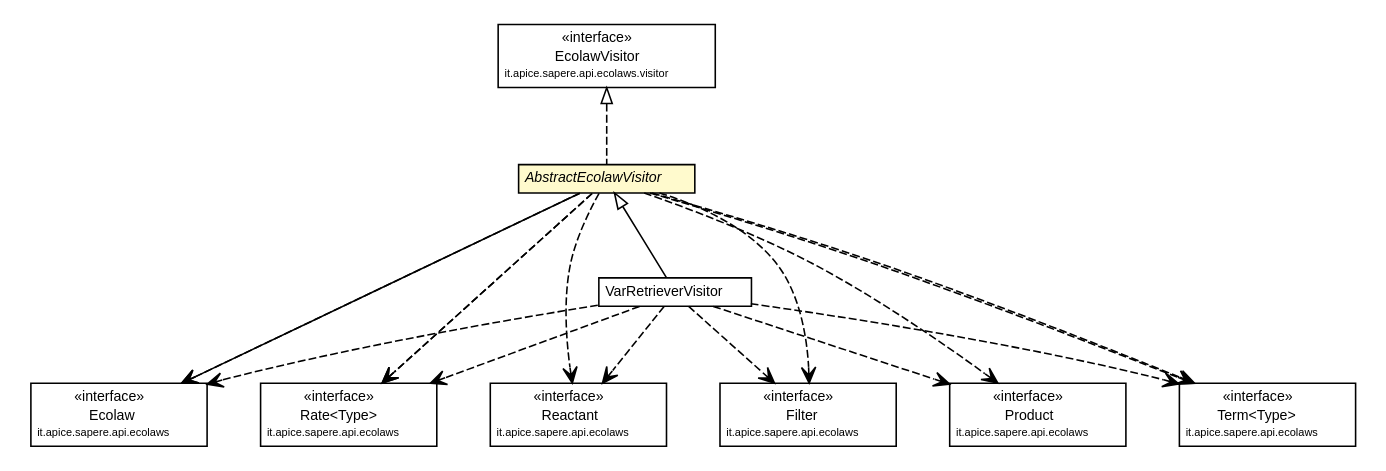
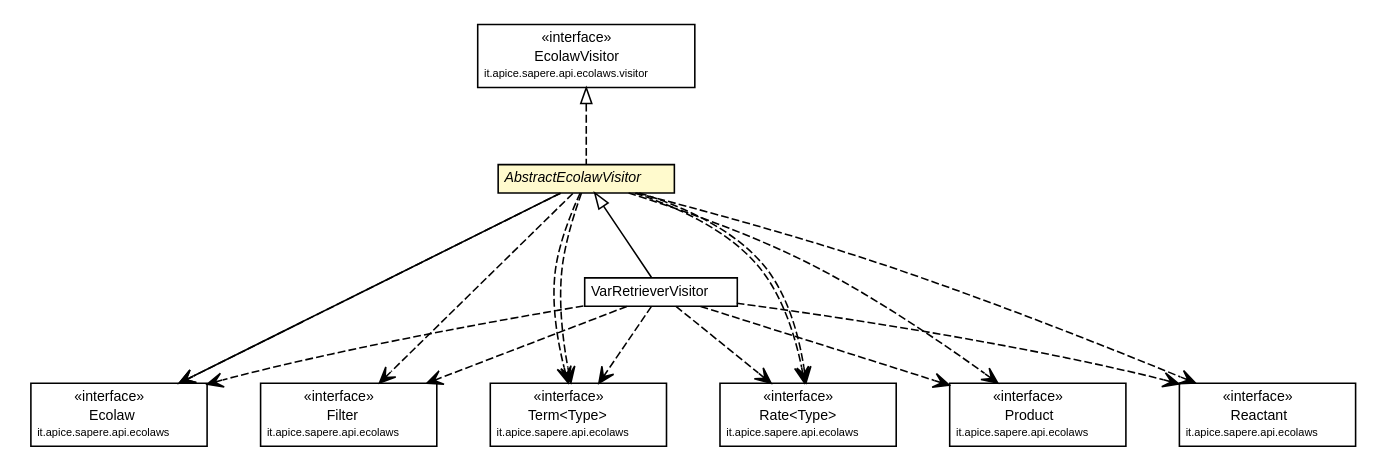
One commit to DanySK/Legacy-Contessi-Thesis-Semantic-Web-SAPERE changed the diagram in deployed-site/semanticwebsapere-rdfmodel/apidocs/it/apice/sapere/api/ecolaws/visitors/impl/AbstractEcolawVisitor.dot. Above: the diagram before and after it, drawn with Graphviz. The commit also changed 2643 other files, not shown here.

```diff
--- a/deployed-site/semanticwebsapere-rdfmodel/apidocs/it/apice/sapere/api/ecolaws/visitors/impl/AbstractEcolawVisitor.dot
+++ b/deployed-site/semanticwebsapere-rdfmodel/apidocs/it/apice/sapere/api/ecolaws/visitors/impl/AbstractEcolawVisitor.dot
@@ -1,112 +1,112 @@
 #!/usr/local/bin/dot
 #
 # Class diagram 
 # Generated by UmlGraph version 4.4 (http://www.spinellis.gr/sw/umlgraph)
 #
 
 digraph G {
 	edge [fontname="Helvetica",fontsize=10,labelfontname="Helvetica",labelfontsize=10];
 	node [fontname="Helvetica",fontsize=10,shape=plaintext];
 	// it.apice.sapere.api.ecolaws.visitors.impl.VarRetrieverVisitor
 	c3180 [label=<<table border="0" cellborder="1" cellspacing="0" cellpadding="2" port="p" href="./VarRetrieverVisitor.html">
 		<tr><td><table border="0" cellspacing="0" cellpadding="1">
 			<tr><td> VarRetrieverVisitor </td></tr>
 		</table></td></tr>
 		</table>>, fontname="Helvetica", fontcolor="black", fontsize=9.0];
 	// it.apice.sapere.api.ecolaws.visitors.impl.AbstractEcolawVisitor
 	c3181 [label=<<table border="0" cellborder="1" cellspacing="0" cellpadding="2" port="p" bgcolor="lemonChiffon" href="./AbstractEcolawVisitor.html">
 		<tr><td><table border="0" cellspacing="0" cellpadding="1">
 			<tr><td><font face="Helvetica-Oblique"> AbstractEcolawVisitor </font></td></tr>
 		</table></td></tr>
 		</table>>, fontname="Helvetica", fontcolor="black", fontsize=9.0];
 	//it.apice.sapere.api.ecolaws.visitors.impl.VarRetrieverVisitor extends it.apice.sapere.api.ecolaws.visitors.impl.AbstractEcolawVisitor
 	c3181:p -> c3180:p [dir=back,arrowtail=empty];
 	//it.apice.sapere.api.ecolaws.visitors.impl.AbstractEcolawVisitor implements it.apice.sapere.api.ecolaws.visitor.EcolawVisitor
 	c3206:p -> c3181:p [dir=back,arrowtail=empty,style=dashed];
 	// it.apice.sapere.api.ecolaws.visitors.impl.AbstractEcolawVisitor NAVASSOC it.apice.sapere.api.ecolaws.Ecolaw
 	c3181:p -> c3207:p [taillabel="", label="", headlabel="", fontname="Helvetica", fontcolor="black", fontsize=10.0, color="black", arrowhead=open];
-	// it.apice.sapere.api.ecolaws.visitors.impl.VarRetrieverVisitor DEPEND it.apice.sapere.api.ecolaws.Rate<Type>
-	c3180:p -> c3208:p [taillabel="", label="", headlabel="", fontname="Helvetica", fontcolor="black", fontsize=10.0, color="black", arrowhead=open, style=dashed];
-	// it.apice.sapere.api.ecolaws.visitors.impl.VarRetrieverVisitor DEPEND it.apice.sapere.api.ecolaws.Reactant
-	c3180:p -> c3209:p [taillabel="", label="", headlabel="", fontname="Helvetica", fontcolor="black", fontsize=10.0, color="black", arrowhead=open, style=dashed];
-	// it.apice.sapere.api.ecolaws.visitors.impl.VarRetrieverVisitor DEPEND it.apice.sapere.api.ecolaws.Filter
-	c3180:p -> c3210:p [taillabel="", label="", headlabel="", fontname="Helvetica", fontcolor="black", fontsize=10.0, color="black", arrowhead=open, style=dashed];
 	// it.apice.sapere.api.ecolaws.visitors.impl.VarRetrieverVisitor DEPEND it.apice.sapere.api.ecolaws.Ecolaw
 	c3180:p -> c3207:p [taillabel="", label="", headlabel="", fontname="Helvetica", fontcolor="black", fontsize=10.0, color="black", arrowhead=open, style=dashed];
+	// it.apice.sapere.api.ecolaws.visitors.impl.VarRetrieverVisitor DEPEND it.apice.sapere.api.ecolaws.Filter
+	c3180:p -> c3208:p [taillabel="", label="", headlabel="", fontname="Helvetica", fontcolor="black", fontsize=10.0, color="black", arrowhead=open, style=dashed];
+	// it.apice.sapere.api.ecolaws.visitors.impl.VarRetrieverVisitor DEPEND it.apice.sapere.api.ecolaws.Term<Type>
+	c3180:p -> c3209:p [taillabel="", label="", headlabel="", fontname="Helvetica", fontcolor="black", fontsize=10.0, color="black", arrowhead=open, style=dashed];
+	// it.apice.sapere.api.ecolaws.visitors.impl.VarRetrieverVisitor DEPEND it.apice.sapere.api.ecolaws.Rate<Type>
+	c3180:p -> c3210:p [taillabel="", label="", headlabel="", fontname="Helvetica", fontcolor="black", fontsize=10.0, color="black", arrowhead=open, style=dashed];
 	// it.apice.sapere.api.ecolaws.visitors.impl.VarRetrieverVisitor DEPEND it.apice.sapere.api.ecolaws.Product
 	c3180:p -> c3211:p [taillabel="", label="", headlabel="", fontname="Helvetica", fontcolor="black", fontsize=10.0, color="black", arrowhead=open, style=dashed];
-	// it.apice.sapere.api.ecolaws.visitors.impl.VarRetrieverVisitor DEPEND it.apice.sapere.api.ecolaws.Term<Type>
+	// it.apice.sapere.api.ecolaws.visitors.impl.VarRetrieverVisitor DEPEND it.apice.sapere.api.ecolaws.Reactant
 	c3180:p -> c3212:p [taillabel="", label="", headlabel="", fontname="Helvetica", fontcolor="black", fontsize=10.0, color="black", arrowhead=open, style=dashed];
+	// it.apice.sapere.api.ecolaws.visitors.impl.AbstractEcolawVisitor DEPEND it.apice.sapere.api.ecolaws.Rate<Type>
+	c3181:p -> c3210:p [taillabel="", label="", headlabel="", fontname="Helvetica", fontcolor="black", fontsize=10.0, color="black", arrowhead=open, style=dashed];
 	// it.apice.sapere.api.ecolaws.visitors.impl.AbstractEcolawVisitor DEPEND it.apice.sapere.api.ecolaws.Term<Type>
-	c3181:p -> c3212:p [taillabel="", label="", headlabel="", fontname="Helvetica", fontcolor="black", fontsize=10.0, color="black", arrowhead=open, style=dashed];
-	// it.apice.sapere.api.ecolaws.visitors.impl.AbstractEcolawVisitor DEPEND it.apice.sapere.api.ecolaws.Term<Type>
-	c3181:p -> c3212:p [taillabel="", label="", headlabel="", fontname="Helvetica", fontcolor="black", fontsize=10.0, color="black", arrowhead=open, style=dashed];
-	// it.apice.sapere.api.ecolaws.visitors.impl.AbstractEcolawVisitor DEPEND it.apice.sapere.api.ecolaws.Reactant
 	c3181:p -> c3209:p [taillabel="", label="", headlabel="", fontname="Helvetica", fontcolor="black", fontsize=10.0, color="black", arrowhead=open, style=dashed];
-	// it.apice.sapere.api.ecolaws.visitors.impl.AbstractEcolawVisitor DEPEND it.apice.sapere.api.ecolaws.Filter
-	c3181:p -> c3210:p [taillabel="", label="", headlabel="", fontname="Helvetica", fontcolor="black", fontsize=10.0, color="black", arrowhead=open, style=dashed];
 	// it.apice.sapere.api.ecolaws.visitors.impl.AbstractEcolawVisitor DEPEND it.apice.sapere.api.ecolaws.Ecolaw
 	c3181:p -> c3207:p [taillabel="", label="", headlabel="", fontname="Helvetica", fontcolor="black", fontsize=10.0, color="black", arrowhead=open, style=dashed];
+	// it.apice.sapere.api.ecolaws.visitors.impl.AbstractEcolawVisitor DEPEND it.apice.sapere.api.ecolaws.Term<Type>
+	c3181:p -> c3209:p [taillabel="", label="", headlabel="", fontname="Helvetica", fontcolor="black", fontsize=10.0, color="black", arrowhead=open, style=dashed];
 	// it.apice.sapere.api.ecolaws.visitors.impl.AbstractEcolawVisitor DEPEND it.apice.sapere.api.ecolaws.Rate<Type>
+	c3181:p -> c3210:p [taillabel="", label="", headlabel="", fontname="Helvetica", fontcolor="black", fontsize=10.0, color="black", arrowhead=open, style=dashed];
+	// it.apice.sapere.api.ecolaws.visitors.impl.AbstractEcolawVisitor DEPEND it.apice.sapere.api.ecolaws.Filter
 	c3181:p -> c3208:p [taillabel="", label="", headlabel="", fontname="Helvetica", fontcolor="black", fontsize=10.0, color="black", arrowhead=open, style=dashed];
 	// it.apice.sapere.api.ecolaws.visitors.impl.AbstractEcolawVisitor DEPEND it.apice.sapere.api.ecolaws.Product
 	c3181:p -> c3211:p [taillabel="", label="", headlabel="", fontname="Helvetica", fontcolor="black", fontsize=10.0, color="black", arrowhead=open, style=dashed];
-	// it.apice.sapere.api.ecolaws.visitors.impl.AbstractEcolawVisitor DEPEND it.apice.sapere.api.ecolaws.Rate<Type>
-	c3181:p -> c3208:p [taillabel="", label="", headlabel="", fontname="Helvetica", fontcolor="black", fontsize=10.0, color="black", arrowhead=open, style=dashed];
+	// it.apice.sapere.api.ecolaws.visitors.impl.AbstractEcolawVisitor DEPEND it.apice.sapere.api.ecolaws.Reactant
+	c3181:p -> c3212:p [taillabel="", label="", headlabel="", fontname="Helvetica", fontcolor="black", fontsize=10.0, color="black", arrowhead=open, style=dashed];
 	// it.apice.sapere.api.ecolaws.Rate<Type>
-	c3208 [label=<<table border="0" cellborder="1" cellspacing="0" cellpadding="2" port="p" href="http://java.sun.com/j2se/1.4.2/docs/api/it/apice/sapere/api/ecolaws/Rate.html">
+	c3210 [label=<<table border="0" cellborder="1" cellspacing="0" cellpadding="2" port="p" href="http://java.sun.com/j2se/1.4.2/docs/api/it/apice/sapere/api/ecolaws/Rate.html">
 		<tr><td><table border="0" cellspacing="0" cellpadding="1">
 			<tr><td> &laquo;interface&raquo; </td></tr>
 			<tr><td> Rate&lt;Type&gt; </td></tr>
 			<tr><td><font point-size="7.0"> it.apice.sapere.api.ecolaws </font></td></tr>
 		</table></td></tr>
 		</table>>, fontname="Helvetica", fontcolor="black", fontsize=9.0];
 	// it.apice.sapere.api.ecolaws.Reactant
-	c3209 [label=<<table border="0" cellborder="1" cellspacing="0" cellpadding="2" port="p" href="http://java.sun.com/j2se/1.4.2/docs/api/it/apice/sapere/api/ecolaws/Reactant.html">
+	c3212 [label=<<table border="0" cellborder="1" cellspacing="0" cellpadding="2" port="p" href="http://java.sun.com/j2se/1.4.2/docs/api/it/apice/sapere/api/ecolaws/Reactant.html">
 		<tr><td><table border="0" cellspacing="0" cellpadding="1">
 			<tr><td> &laquo;interface&raquo; </td></tr>
 			<tr><td> Reactant </td></tr>
 			<tr><td><font point-size="7.0"> it.apice.sapere.api.ecolaws </font></td></tr>
 		</table></td></tr>
 		</table>>, fontname="Helvetica", fontcolor="black", fontsize=9.0];
 	// it.apice.sapere.api.ecolaws.Term<Type>
-	c3212 [label=<<table border="0" cellborder="1" cellspacing="0" cellpadding="2" port="p" href="http://java.sun.com/j2se/1.4.2/docs/api/it/apice/sapere/api/ecolaws/Term.html">
+	c3209 [label=<<table border="0" cellborder="1" cellspacing="0" cellpadding="2" port="p" href="http://java.sun.com/j2se/1.4.2/docs/api/it/apice/sapere/api/ecolaws/Term.html">
 		<tr><td><table border="0" cellspacing="0" cellpadding="1">
 			<tr><td> &laquo;interface&raquo; </td></tr>
 			<tr><td> Term&lt;Type&gt; </td></tr>
 			<tr><td><font point-size="7.0"> it.apice.sapere.api.ecolaws </font></td></tr>
 		</table></td></tr>
 		</table>>, fontname="Helvetica", fontcolor="black", fontsize=9.0];
 	// it.apice.sapere.api.ecolaws.Product
 	c3211 [label=<<table border="0" cellborder="1" cellspacing="0" cellpadding="2" port="p" href="http://java.sun.com/j2se/1.4.2/docs/api/it/apice/sapere/api/ecolaws/Product.html">
 		<tr><td><table border="0" cellspacing="0" cellpadding="1">
 			<tr><td> &laquo;interface&raquo; </td></tr>
 			<tr><td> Product </td></tr>
 			<tr><td><font point-size="7.0"> it.apice.sapere.api.ecolaws </font></td></tr>
 		</table></td></tr>
 		</table>>, fontname="Helvetica", fontcolor="black", fontsize=9.0];
 	// it.apice.sapere.api.ecolaws.Filter
-	c3210 [label=<<table border="0" cellborder="1" cellspacing="0" cellpadding="2" port="p" href="http://java.sun.com/j2se/1.4.2/docs/api/it/apice/sapere/api/ecolaws/Filter.html">
+	c3208 [label=<<table border="0" cellborder="1" cellspacing="0" cellpadding="2" port="p" href="http://java.sun.com/j2se/1.4.2/docs/api/it/apice/sapere/api/ecolaws/Filter.html">
 		<tr><td><table border="0" cellspacing="0" cellpadding="1">
 			<tr><td> &laquo;interface&raquo; </td></tr>
 			<tr><td> Filter </td></tr>
 			<tr><td><font point-size="7.0"> it.apice.sapere.api.ecolaws </font></td></tr>
 		</table></td></tr>
 		</table>>, fontname="Helvetica", fontcolor="black", fontsize=9.0];
 	// it.apice.sapere.api.ecolaws.Ecolaw
 	c3207 [label=<<table border="0" cellborder="1" cellspacing="0" cellpadding="2" port="p" href="http://java.sun.com/j2se/1.4.2/docs/api/it/apice/sapere/api/ecolaws/Ecolaw.html">
 		<tr><td><table border="0" cellspacing="0" cellpadding="1">
 			<tr><td> &laquo;interface&raquo; </td></tr>
 			<tr><td> Ecolaw </td></tr>
 			<tr><td><font point-size="7.0"> it.apice.sapere.api.ecolaws </font></td></tr>
 		</table></td></tr>
 		</table>>, fontname="Helvetica", fontcolor="black", fontsize=9.0];
 	// it.apice.sapere.api.ecolaws.visitor.EcolawVisitor
 	c3206 [label=<<table border="0" cellborder="1" cellspacing="0" cellpadding="2" port="p" href="http://java.sun.com/j2se/1.4.2/docs/api/it/apice/sapere/api/ecolaws/visitor/EcolawVisitor.html">
 		<tr><td><table border="0" cellspacing="0" cellpadding="1">
 			<tr><td> &laquo;interface&raquo; </td></tr>
 			<tr><td> EcolawVisitor </td></tr>
 			<tr><td><font point-size="7.0"> it.apice.sapere.api.ecolaws.visitor </font></td></tr>
 		</table></td></tr>
 		</table>>, fontname="Helvetica", fontcolor="black", fontsize=9.0];
 }
```
